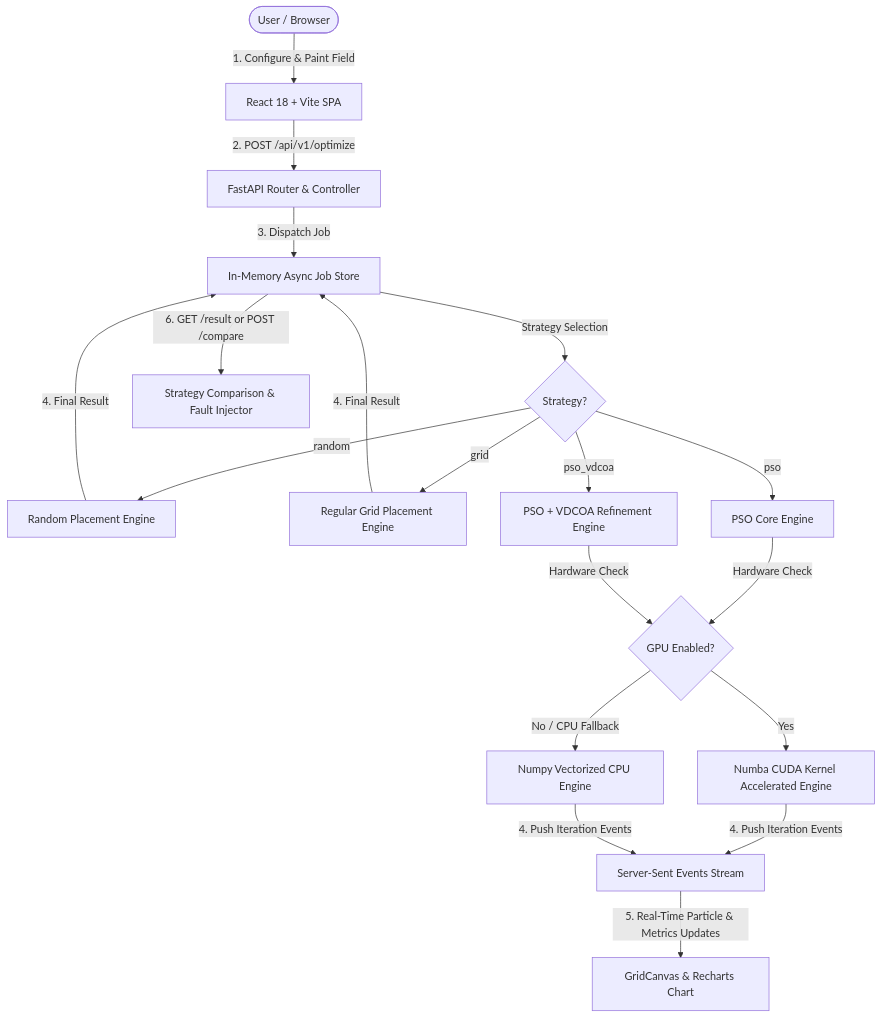
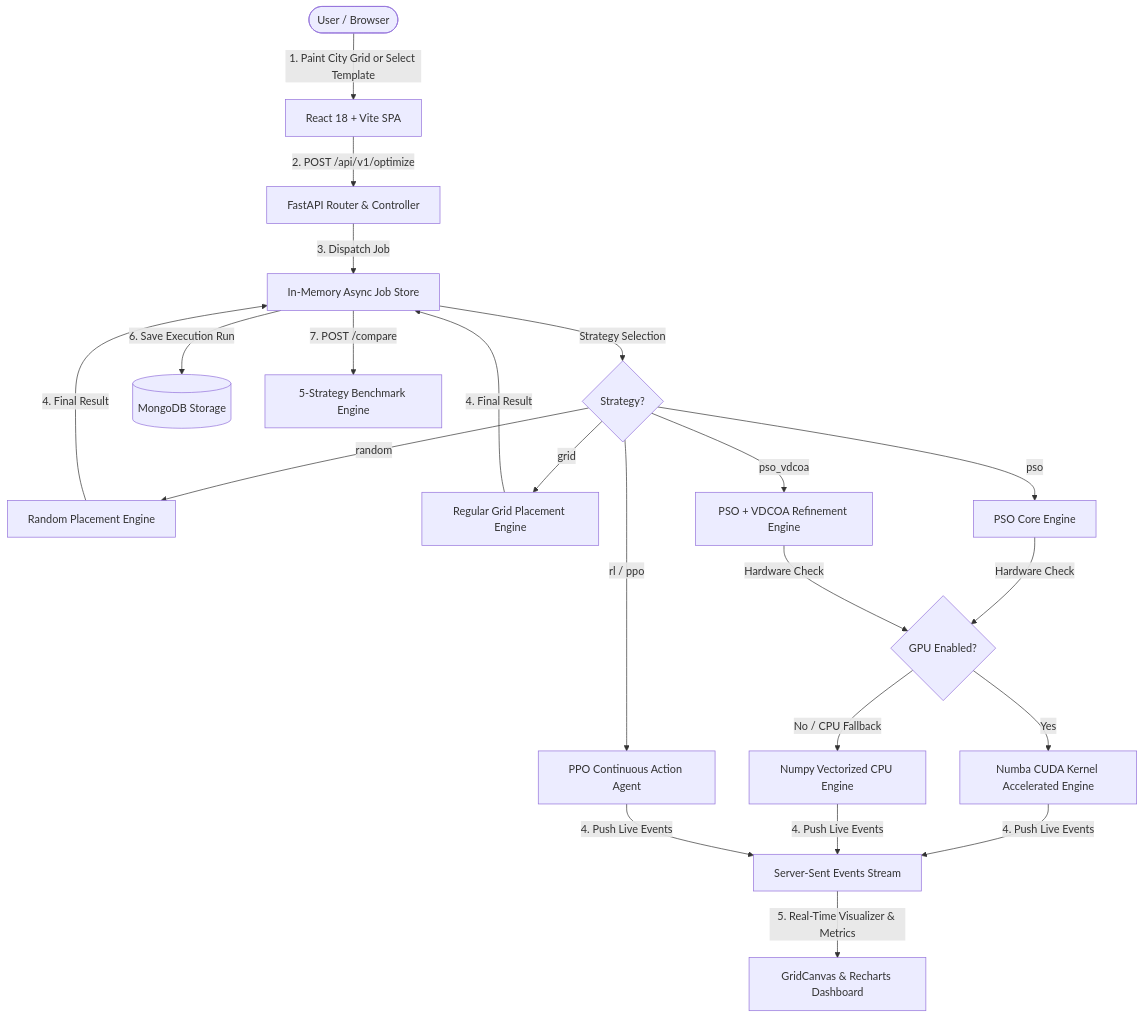
Before and after one commit to Zerixxx8995/Sensor_Placement_Optimizer: the diagram in README.md, drawn with Mermaid. The commit also changed other lines of this file, not shown here.

````diff
--- a/README.md
+++ b/README.md
@@ -26,25 +28,29 @@
 ```mermaid
 flowchart TD
-    User([User / Browser]) -->|1. Configure & Paint Field| Frontend[React 18 + Vite SPA]
+    User([User / Browser]) -->|1. Paint City Grid or Select Template| Frontend[React 18 + Vite SPA]
     Frontend -->|2. POST /api/v1/optimize| API[FastAPI Router & Controller]
     API -->|3. Dispatch Job| JobStore[In-Memory Async Job Store]
+    
     JobStore -->|Strategy Selection| Choice{Strategy?}
     Choice -->|random| RandomEngine[Random Placement Engine]
     Choice -->|grid| GridEngine[Regular Grid Placement Engine]
     Choice -->|pso| PSOEngine[PSO Core Engine]
     Choice -->|pso_vdcoa| HybridEngine[PSO + VDCOA Refinement Engine]
+    Choice -->|rl / ppo| PPOEngine[PPO Continuous Action Agent]
     
     PSOEngine -->|Hardware Check| GPUCheck{GPU Enabled?}
     HybridEngine -->|Hardware Check| GPUCheck
     
     GPUCheck -->|Yes| NumbaCUDA[Numba CUDA Kernel Accelerated Engine]
     GPUCheck -->|No / CPU Fallback| VectorCPU[Numpy Vectorized CPU Engine]
 
-    NumbaCUDA -->|4. Push Iteration Events| SSE[Server-Sent Events Stream]
-    VectorCPU -->|4. Push Iteration Events| SSE
+    NumbaCUDA -->|4. Push Live Events| SSE[Server-Sent Events Stream]
+    VectorCPU -->|4. Push Live Events| SSE
+    PPOEngine -->|4. Push Live Events| SSE
     RandomEngine -->|4. Final Result| JobStore
     GridEngine -->|4. Final Result| JobStore
     
-    SSE -->|5. Real-Time Particle & Metrics Updates| Visualizer[GridCanvas & Recharts Chart]
-    JobStore -->|6. GET /result or POST /compare| Comparison[Strategy Comparison & Fault Injector]
+    SSE -->|5. Real-Time Visualizer & Metrics| Visualizer[GridCanvas & Recharts Dashboard]
+    JobStore -->|6. Save Execution Run| Mongo[(MongoDB Storage)]
+    JobStore -->|7. POST /compare| Comparison[5-Strategy Benchmark Engine]
 ```
````
